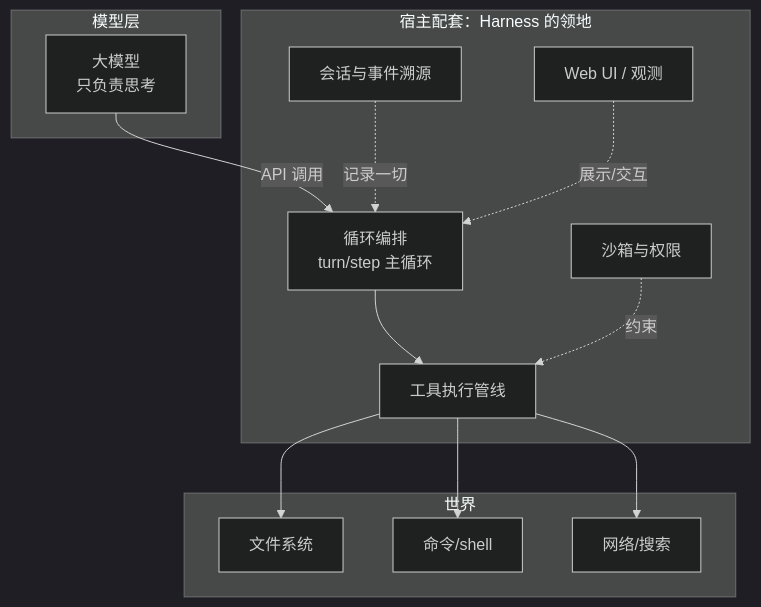
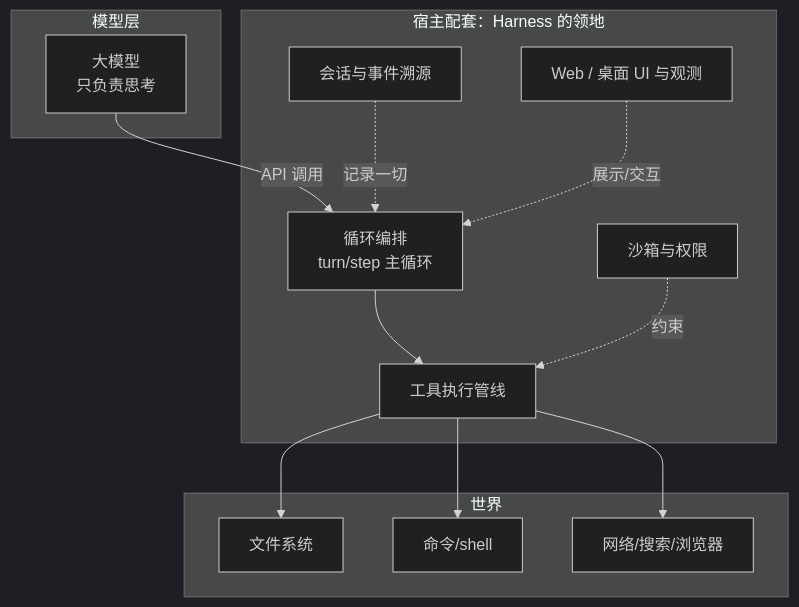
Before and after one commit to vinthuy/deepseek-harness-book: the diagram in 01-Agent-Harness是什么.md, drawn with Mermaid (dark theme). The commit also changed other lines of this file and 24 other files, not shown here.

````diff
--- a/01-Agent-Harness是什么.md
+++ b/01-Agent-Harness是什么.md
@@ -47,26 +47,26 @@
 ```mermaid
 flowchart TB
     subgraph 模型层
         M[大模型<br/>只负责思考]
     end
     subgraph 配套层[宿主配套：Harness 的领地]
         LOOP[循环编排<br/>turn/step 主循环]
         TOOLS[工具执行管线]
         SESSION[会话与事件溯源]
         SANDBOX[沙箱与权限]
-        UI[Web UI / 观测]
+        UI[Web / 桌面 UI 与观测]
     end
     subgraph 世界
         FS[文件系统]
         SH[命令/shell]
-        NET[网络/搜索]
+        NET[网络/搜索/浏览器]
     end
     M -->|API 调用| LOOP
     LOOP --> TOOLS
     TOOLS --> FS
     TOOLS --> SH
     TOOLS --> NET
     SESSION -. 记录一切 .-> LOOP
     SANDBOX -. 约束 .-> TOOLS
     UI -. 展示/交互 .-> LOOP
 ```
````
